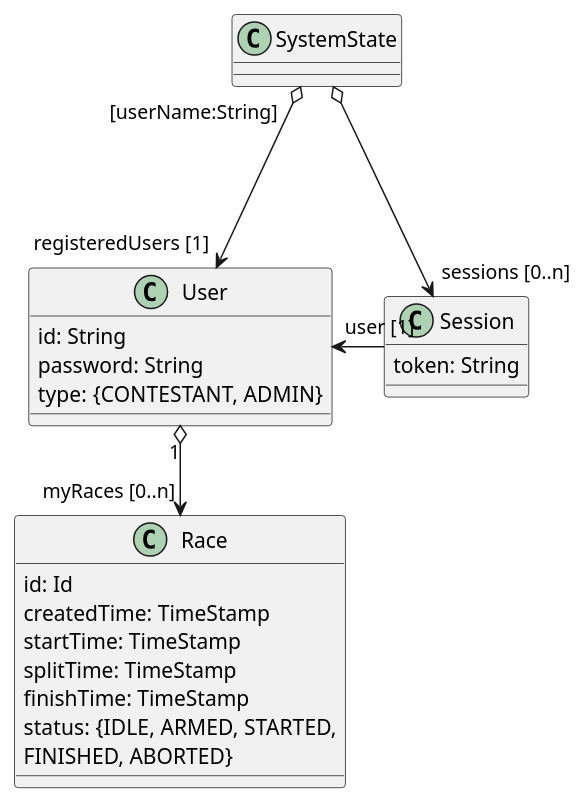
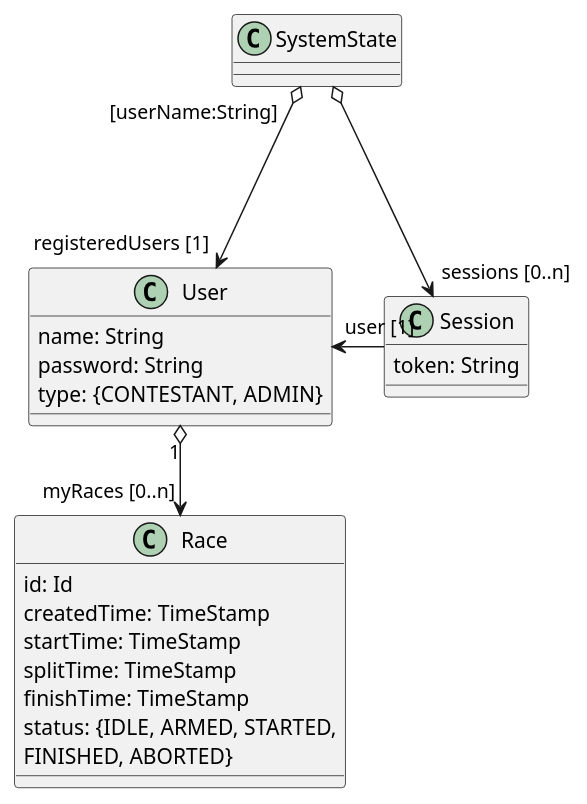
The diagram in docs/users-and-sessions.puml (CAG-Contactor/cag-cloud-racing), drawn with PlantUML before and after one commit. The commit also changed 2 other files, not shown here.

```diff
--- a/docs/users-and-sessions.puml
+++ b/docs/users-and-sessions.puml
@@ -1,29 +1,29 @@
 @startuml
 
 class Session {
   token: String
 }
 
 class User {
-  id: String
+  name: String
   password: String
   type: {CONTESTANT, ADMIN}
 }
 
 class Race {
   id: Id
   createdTime: TimeStamp
   startTime: TimeStamp
   splitTime: TimeStamp
   finishTime: TimeStamp
   status: {IDLE, ARMED, STARTED,
   FINISHED, ABORTED}
 }
 
 SystemState o--> "sessions [0..n]" Session
 SystemState "[userName:String]" o-down--> "registeredUsers [1]" User
 
 Session -left-> "user [1]" User
 User "1" o--> "myRaces [0..n]" Race
 
 @enduml
```
